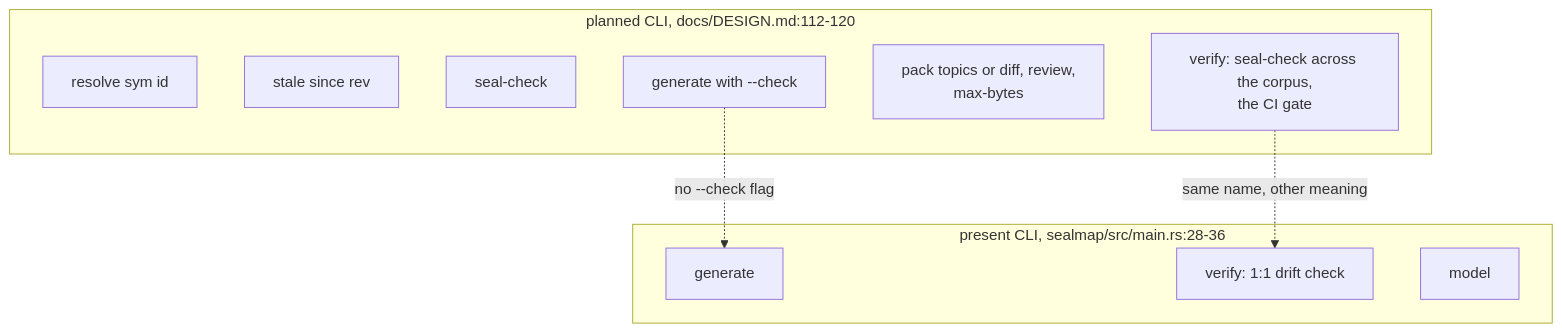
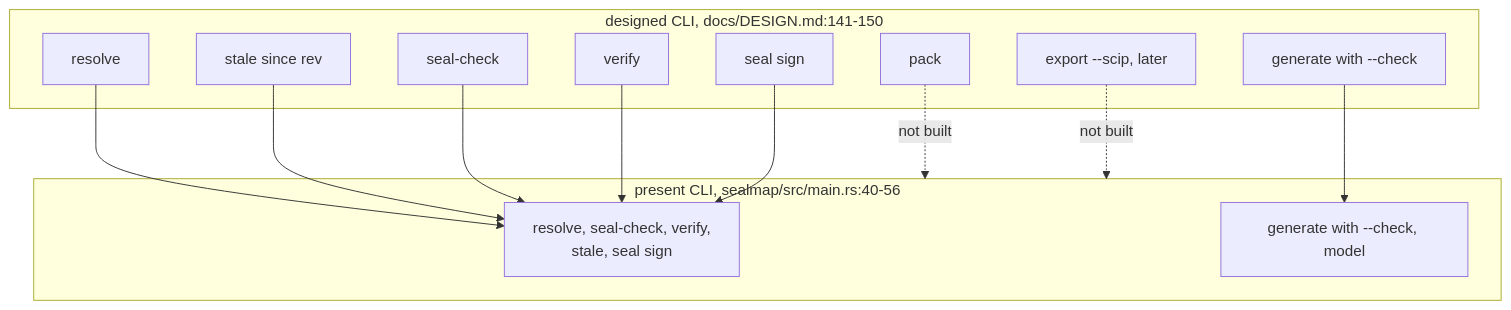
One commit to DreamLab-AI/codemaid changed the third of 6 diagrams in docs/diagrams/delivery/02-design-versus-code.md. Above: the diagram before and after it, drawn with Mermaid. The commit also changed other lines of this file and 22 other files, not shown here.

First line of the commit message:
docs(diagrams): COR-04 and COR-05 for the seal surface; re-stamp every topic at ae478d9

````diff
--- a/docs/diagrams/delivery/02-design-versus-code.md
+++ b/docs/diagrams/delivery/02-design-versus-code.md
@@ -126,18 +123,25 @@
 ```mermaid
 flowchart TB
-    subgraph PLAN["planned CLI, docs/DESIGN.md:112-120"]
-        RS["resolve sym id"]
+    subgraph PLAN["designed CLI, docs/DESIGN.md:141-150"]
+        RS["resolve"]
         STL["stale since rev"]
         SC["seal-check"]
-        VF2["verify: seal-check across the corpus,<br/>the CI gate"]
-        PK["pack topics or diff, review,<br/>max-bytes"]
+        VF["verify"]
+        SG["seal sign"]
         GC["generate with --check"]
+        PK["pack"]
+        EX["export --scip, later"]
     end
-    subgraph NOW["present CLI, sealmap/src/main.rs:28-36"]
-        G["generate"]
-        V["verify: 1:1 drift check"]
-        M["model"]
+    subgraph NOW["present CLI, sealmap/src/main.rs:40-56"]
+        C1["resolve, seal-check, verify,<br/>stale, seal sign"]
+        C2["generate with --check, model"]
     end
-    GC -.->|no --check flag| G
-    VF2 -.->|same name, other meaning| V
+    RS --> C1
+    STL --> C1
+    SC --> C1
+    VF --> C1
+    SG --> C1
+    GC --> C2
+    PK -.->|not built| NOW
+    EX -.->|not built| NOW
 ```
````
